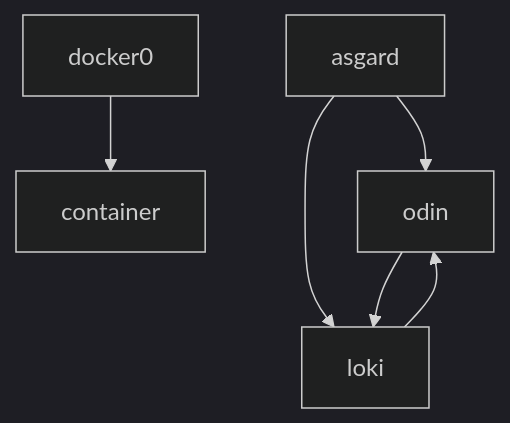
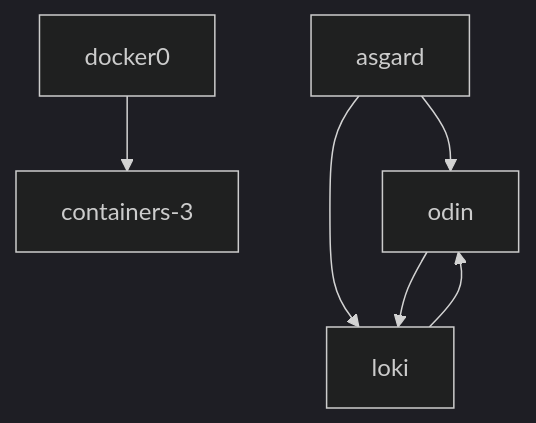
The third of 5 diagrams in 1-getting-started-guide/README-3-docker-network.md (spawnmarvel/learning-docker), drawn with Mermaid (dark theme) before and after one commit.

Commit message:
network chuck

````diff
--- a/1-getting-started-guide/README-3-docker-network.md
+++ b/1-getting-started-guide/README-3-docker-network.md
@@ -278,9 +278,9 @@
 ```mermaid
 graph TD;
-    docker0-->container;
+    docker0-->containers-3;
     asgard-->odin;
     asgard-->loki;
     odin-->loki
     loki-->odin
     
 ```
````
